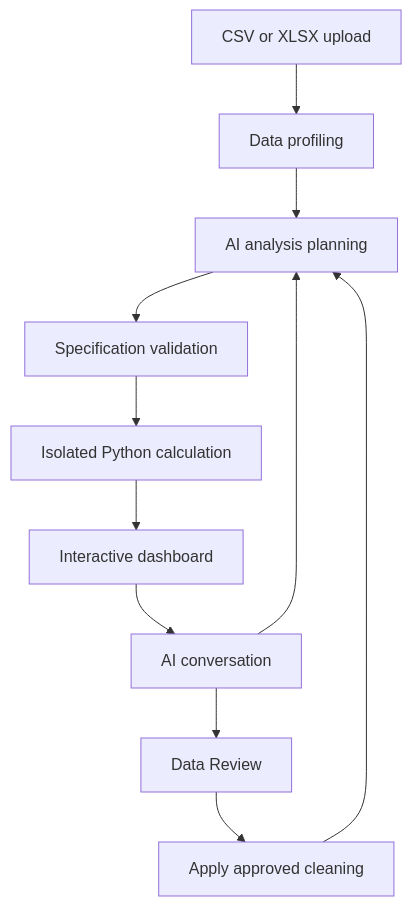
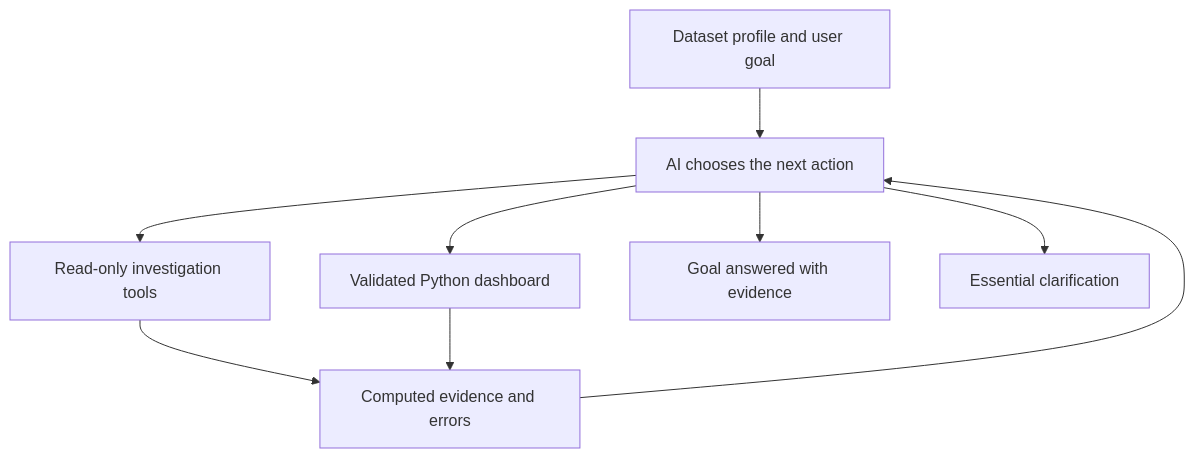
The diagram in README.md (UWWAWWU/AI-DataAnalysis-Agent), drawn with Mermaid before and after one commit. The commit also changed other lines of this file and 13 other files, not shown here.

Commit message:
Add evidence-driven analysis agent with read-only EDA tools and resumable decisions

````diff
--- a/README.md
+++ b/README.md
@@ -50,13 +50,11 @@
 ```mermaid
 flowchart TD
-    U["CSV or XLSX upload"] --> P["Data profiling"]
-    P --> A["AI analysis planning"]
-    A --> V["Specification validation"]
-    V --> S["Isolated Python calculation"]
-    S --> D["Interactive dashboard"]
-    D --> C["AI conversation"]
-    C --> A
-    C --> R["Data Review"]
-    R --> X["Apply approved cleaning"]
-    X --> A
+    P["Dataset profile and user goal"] --> A["AI chooses the next action"]
+    A --> T["Read-only investigation tools"]
+    A --> S["Validated Python dashboard"]
+    T --> E["Computed evidence and errors"]
+    S --> E
+    E --> A
+    A --> F["Goal answered with evidence"]
+    A --> R["Essential clarification"]
 ```
````
